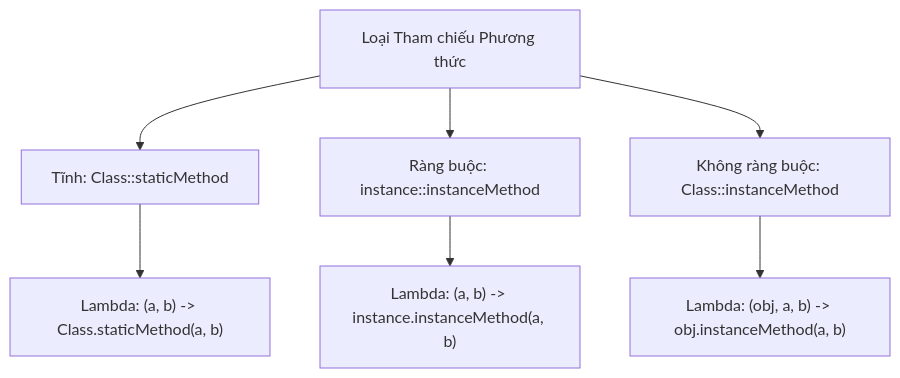
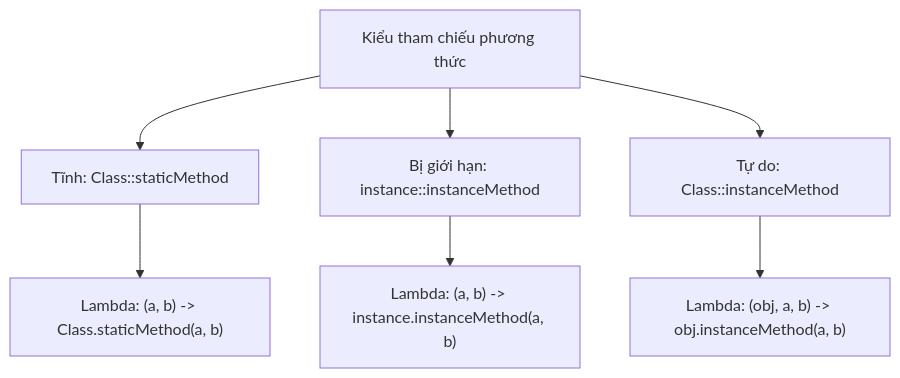
One commit to PhuThien2005/theoretical-of-java-core changed the second of 2 diagrams in vi/21-lambda-expression/theory/01-what-is-a-lambda-concepts.md. Above: the diagram before and after it, drawn with Mermaid. The commit also changed other lines of this file and 229 other files, not shown here.

````diff
--- a/vi/21-lambda-expression/theory/01-what-is-a-lambda-concepts.md
+++ b/vi/21-lambda-expression/theory/01-what-is-a-lambda-concepts.md
@@ -383,10 +399,10 @@
 ```mermaid
 graph TD
-    A[Loại Tham chiếu Phương thức] --> B[Tĩnh: Class::staticMethod]
-    A --> C[Ràng buộc: instance::instanceMethod]
-    A --> D[Không ràng buộc: Class::instanceMethod]
+    A[Kiểu tham chiếu phương thức] --> B[Tĩnh: Class::staticMethod]
+    A --> C[Bị giới hạn: instance::instanceMethod]
+    A --> D[Tự do: Class::instanceMethod]
     
     B --> B1["Lambda: (a, b) -> Class.staticMethod(a, b)"]
     C --> C1["Lambda: (a, b) -> instance.instanceMethod(a, b)"]
     D --> D1["Lambda: (obj, a, b) -> obj.instanceMethod(a, b)"]
 ```
````
